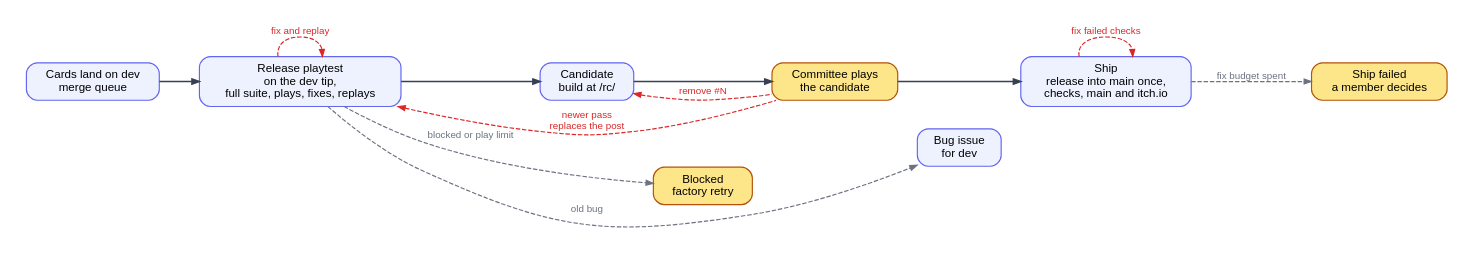
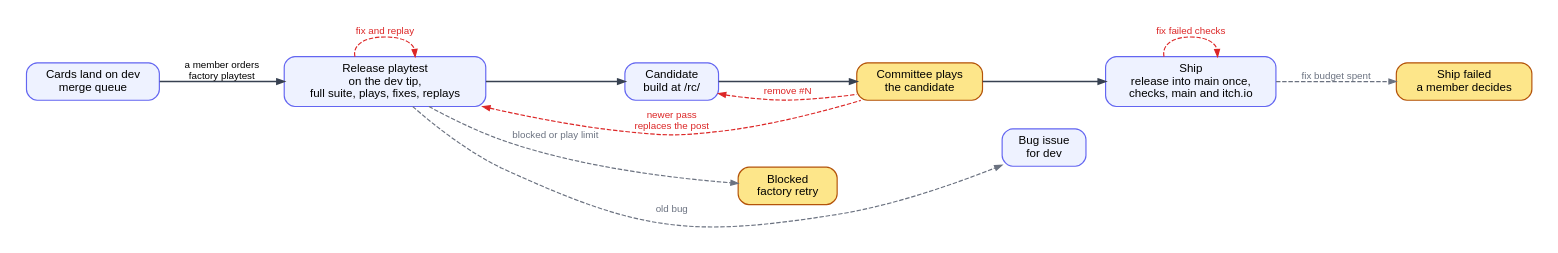
The diagram in factory/docs/diagrams/release.dot (ROAM-game-org/road-machiners), drawn with Graphviz before and after one commit. The commit also changed 16 other files, not shown here.

First line of the commit message:
Only make a release candidate when a member orders a playtest (#1433)

```diff
--- a/factory/docs/diagrams/release.dot
+++ b/factory/docs/diagrams/release.dot
@@ -1,20 +1,21 @@
 // Release. Black: normal path. Red: loops back. Grey: stops the flow. Yellow: waits for people.
 digraph release {
   rankdir=LR; nodesep=0.3; ranksep=0.6; bgcolor=white; pad=0.3;
   node [shape=box, style="rounded,filled", fillcolor="#eef2ff", color="#6366f1", fontname="Helvetica", fontsize=13, margin="0.2,0.1", penwidth=1.3, width=1.3];
   edge [color="#374151", penwidth=1.8, arrowsize=0.8, fontname="Helvetica", fontsize=11];
   D0 [label="Cards land on dev\nmerge queue"]; G [label="Release playtest\non the dev tip,\nfull suite, plays, fixes, replays"]; B [label="Candidate\nbuild at /rc/"];
   P [label="Committee plays\nthe candidate", fillcolor="#fde68a", color="#b45309"]; S [label="Ship\nrelease into main once,\nchecks, main and itch.io"];
   BL [label="Blocked\nfactory retry", fillcolor="#fde68a", color="#b45309"]; D [label="Bug issue\nfor dev"]; SB [label="Ship failed\na member decides", fillcolor="#fde68a", color="#b45309"];
-  D0 -> G -> B -> P -> S [weight=100];
+  D0 -> G [weight=100, label="a member orders\nfactory playtest"];
+  G -> B -> P -> S [weight=100];
   edge [color="#dc2626", fontcolor="#dc2626", style=dashed, penwidth=1.3, dir=back, weight=0];
   G -> P [label="newer pass\nreplaces the post"];
   B -> P [label="remove #N"];
   edge [color="#dc2626", fontcolor="#dc2626", style=dashed, penwidth=1.3, dir=forward, weight=0];
   G -> G [label="fix and replay"];
   S -> S [label="fix failed checks"];
   edge [color="#6b7280", fontcolor="#6b7280", style=dashed, penwidth=1.3, dir=forward, weight=0];
   G -> BL [label="blocked or play limit"];
   G -> D [label="old bug"];
   S -> SB [label="fix budget spent"];
 }
```
